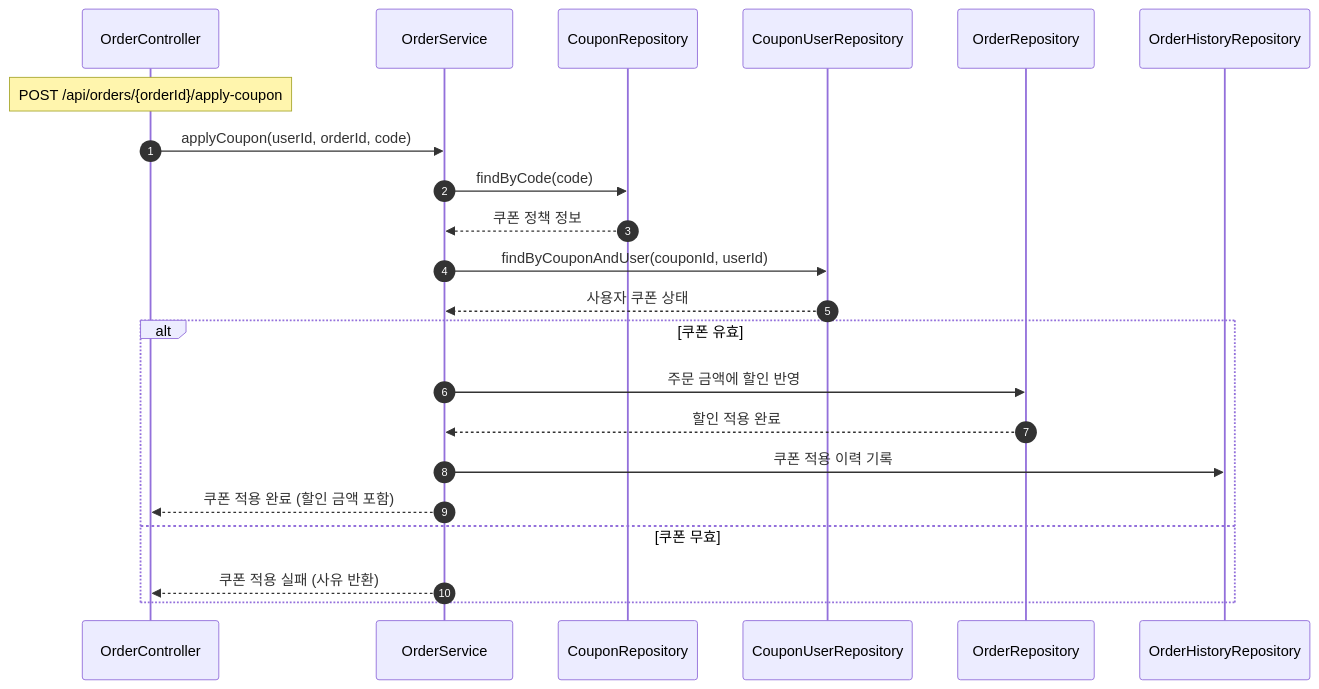
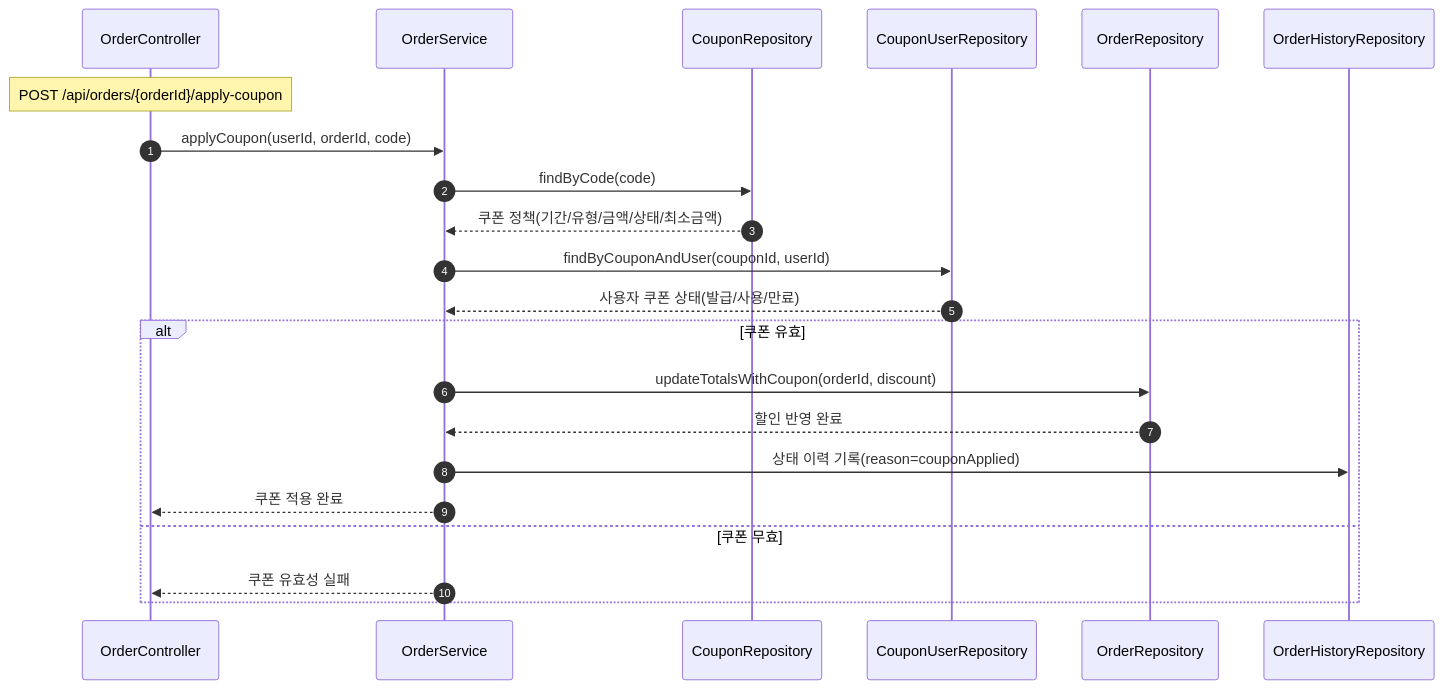
The eighth of 9 diagrams in docs/sequenceDiagram.md (namuneo/hh_plus_week2), drawn with Mermaid before and after one commit. The commit also changed other lines of this file and 12 other files, not shown here.

````diff
--- a/docs/sequenceDiagram.md
+++ b/docs/sequenceDiagram.md
@@ -176,26 +178,27 @@
 ```mermaid
 sequenceDiagram
     autonumber
     participant OC as OrderController
     participant OS as OrderService
     participant COR as CouponRepository
     participant CUR as CouponUserRepository
     participant OR as OrderRepository
     participant OHR as OrderHistoryRepository
 
     Note over OC: POST /api/orders/{orderId}/apply-coupon
     OC->>OS: applyCoupon(userId, orderId, code)
     OS->>COR: findByCode(code)
-    COR-->>OS: 쿠폰 정책 정보
+    COR-->>OS: 쿠폰 정책(기간/유형/금액/상태/최소금액)
     OS->>CUR: findByCouponAndUser(couponId, userId)
-    CUR-->>OS: 사용자 쿠폰 상태
+    CUR-->>OS: 사용자 쿠폰 상태(발급/사용/만료)
 
     alt 쿠폰 유효
-        OS->>OR: 주문 금액에 할인 반영
-        OR-->>OS: 할인 적용 완료
-        OS->>OHR: 쿠폰 적용 이력 기록
-        OS-->>OC: 쿠폰 적용 완료 (할인 금액 포함)
+        OS->>OR: updateTotalsWithCoupon(orderId, discount)
+        OR-->>OS: 할인 반영 완료
+        OS->>OHR: 상태 이력 기록(reason=couponApplied)
+        OS-->>OC: 쿠폰 적용 완료
     else 쿠폰 무효
-        OS-->>OC: 쿠폰 적용 실패 (사유 반환)
+        OS-->>OC: 쿠폰 유효성 실패
     end
+
 ```
````
